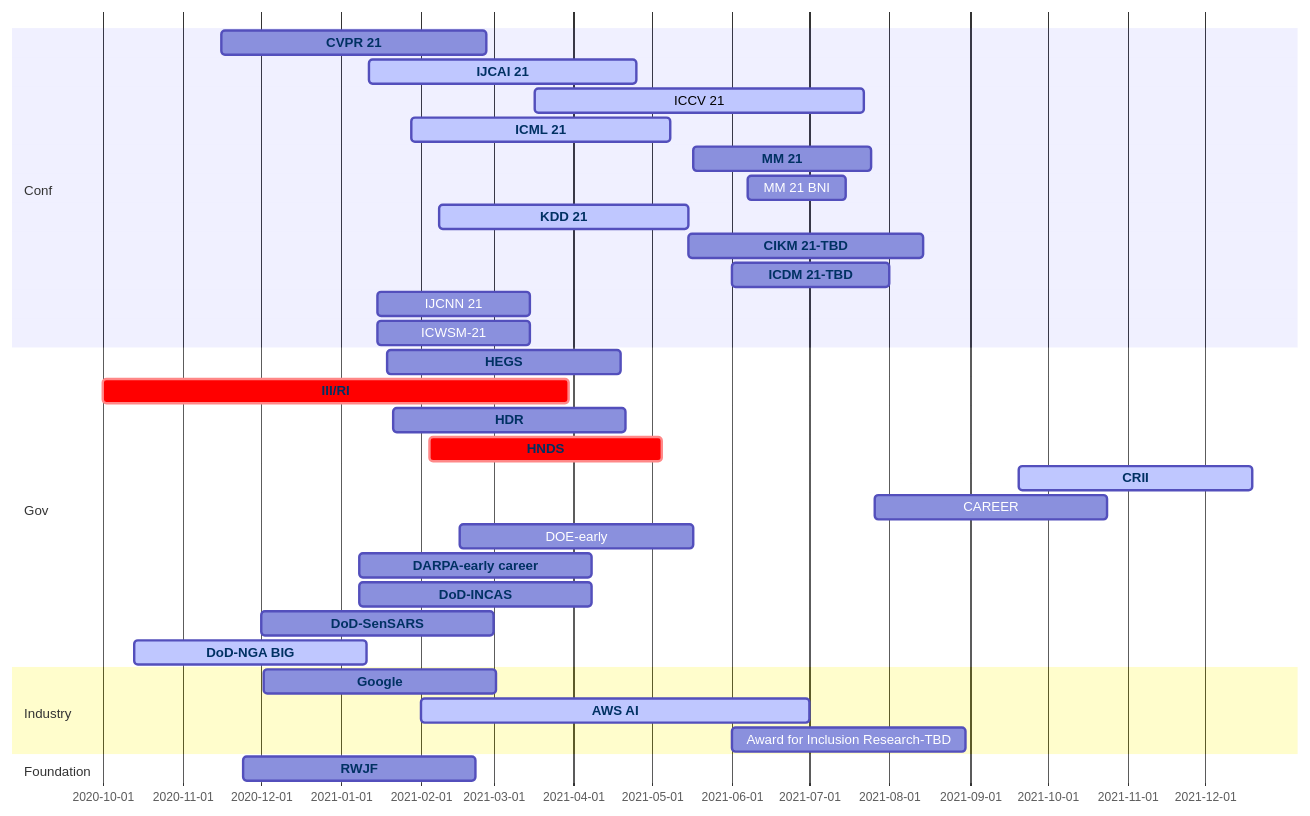
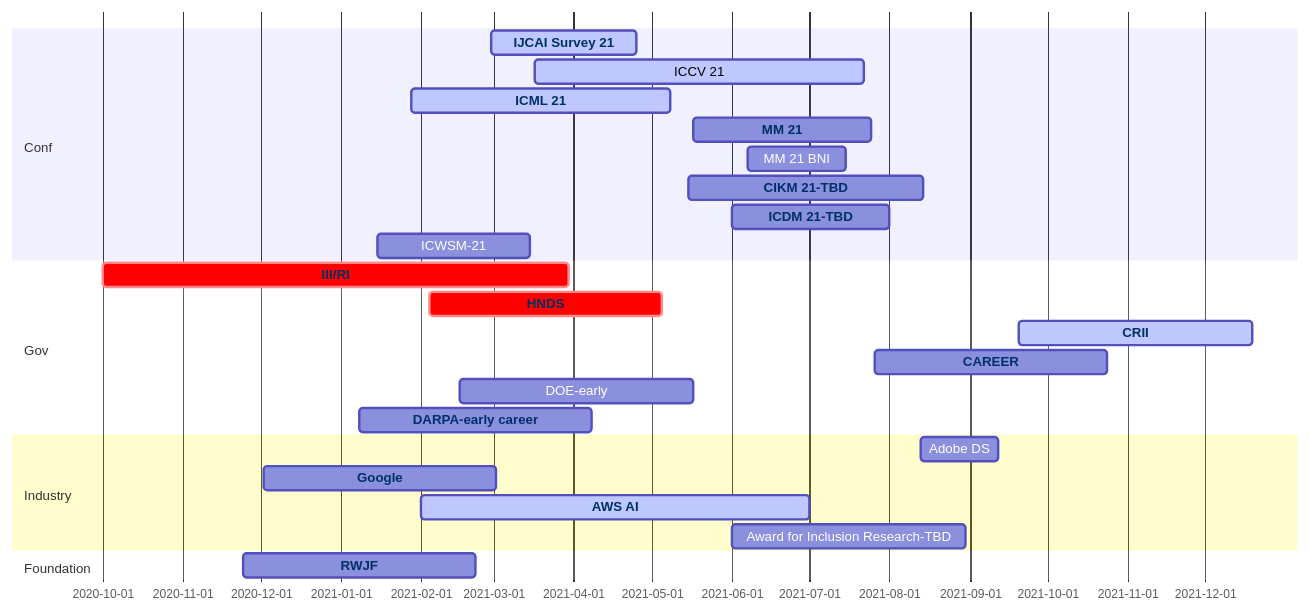
The diagram in content/post/conf/index.md (aquastar/academic-kickstart), drawn with Mermaid before and after one commit. The commit also changed 1 other file, not shown here.

````diff
--- a/content/post/conf/index.md
+++ b/content/post/conf/index.md
@@ -16,58 +16,51 @@
 ```mermaid
 gantt
   dateFormat  MM/DD/YY
   section Conf
-    CVPR 21 :cvpr, 11/16/20, 02/26/21
-    IJCAI 21 :active, ijcai, 01/12/21, 04/25/21
+    IJCAI Survey 21 :active, ijcai, 02/28/21, 04/25/21
     ICCV 21 :active, 03/17/21, 07/22/21
     ICML 21:active, icml, 01/28/21, 05/08/21
     MM 21:mm, 05/17/21, 07/25/21
     MM 21 BNI:mmbni, 06/07/21, 07/15/21
-    KDD 21:active, kdd, 02/08/21, 05/15/21
     CIKM 21-TBD:cikm, 05/15/21, 08/14/21
     ICDM 21-TBD:icdm, 06/01/21, 08/01/21
-    IJCNN 21:ijcnn, 01/15/21, 03/15/21
     ICWSM-21:icsws, 01/15/21, 03/15/21
   section Gov
-    HEGS: hegs, 01/19/21, 90d
     III/RI:crit, iis, 10/01/20, 180d
-    HDR :hdr, 01/21/21, 90d
     HNDS :crit, hnds, 02/04/21, 90d
     CRII :active, crii, 09/20/21, 90d 
     CAREER:career, 07/26/21, 90d
     DOE-early:doe, 02/16/21, 90d 
     DARPA-early career:  darpa, 01/08/21, 90d
-    DoD-INCAS:incas, 01/08/21, 90d
-    DoD-SenSARS: sensars, 12/01/20, 90d
-    DoD-NGA BIG:active, nga, 10/13/20, 90d
   section Industry
+    Adobe DS:adb, 08/13/21, 30d
     Google:google, 12/02/20, 90d
     AWS AI:active,  aws, 02/01/21, 07/01/21
     Award for Inclusion Research-TBD: air, 06/01/21, 90d
   section Foundation
     RWJF :rwjf, 11/24/20, 90d
 
 
   click nga href "https://beta.sam.gov/opp/3c218648f9f04658840e478a7f1048e1/view?keywords=HM0476-20-BAA-0001&sort=-relevance&index=&is_active=true&page=1"
   click sensars href "https://beta.sam.gov/opp/a84f1af107334afcbf39d885d8f668a3/view"
   click aws href "https://www.amazon.science/research-awards/call-for-proposals/aws-ai"
   click incas href "https://beta.sam.gov/opp/6bbca26d91df4eff96b4edfa2386c35f/view?keywords=incas&sort=-relevance&index=&is_active=true&page=1"
   click darpa href "https://www.darpa.mil/work-with-us/for-universities/young-faculty-award"
   click deo href "https://www.grants.gov/web/grants/search-grants.html"
   click cvpr href "http://cvpr2021.thecvf.com/"
   click iccv href "http://iccv2021.thecvf.com/"
   click icml href "https://icml.cc/Conferences/2021"
   click ijcai href "http://www.ijcai-21.org/"
   click kdd href "http://www.kdd.org/kdd2021"
   click www href "https://www2021.thewebconf.org/"
   click cikm href "https://www.cikm2021.org/"
   click icdm href "http://icdm2021.bigke.org"
   click mm href "https://2020.acmmm.org/index.html"
   click crii href "https://www.nsf.gov/funding/pgm_summ.jsp?pims_id=504952"
   click hdr href "https://www.nsf.gov/funding/pgm_summ.jsp?pims_id=505828&org=NSF&sel_org=CISE&from=fund"
   click hnds href "https://www.nsf.gov/funding/pgm_summ.jsp?pims_id=505702"
   click rwjf href "https://anr.rwjf.org/viewCfp.do?cfpId=1509&cfpOverviewId="
   click iis href "https://www.nsf.gov/funding/pgm_summ.jsp?pims_id=505667&org=NSF"
   click hegs href "https://www.nsf.gov/funding/pgm_summ.jsp?pims_id=505745&org=NSF&sel_org=NSF&from=fund"
   click google href "https://research.google/outreach/research-scholar-program/"
 ```
````
